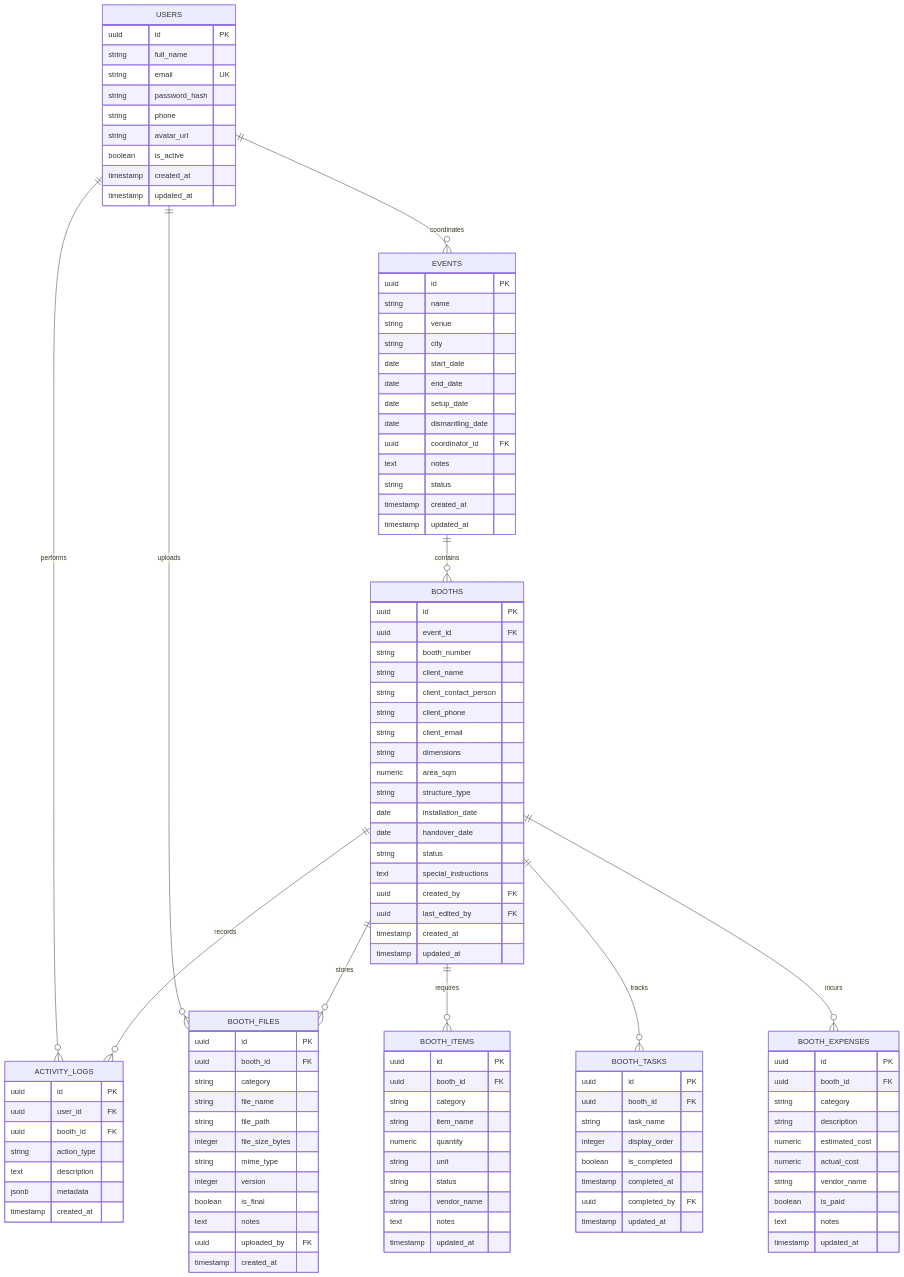
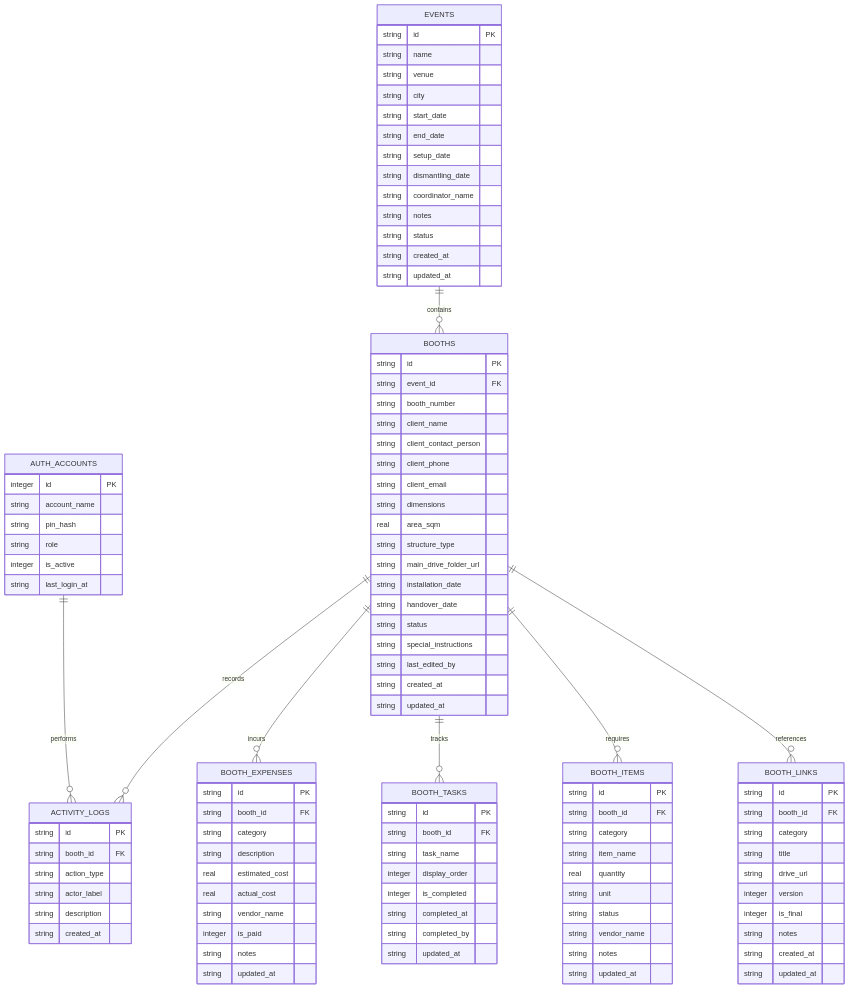
One commit to mrpgraphix64-dot/stalls changed the diagram in INTERNAL_MANAGEMENT_SYSTEM_PLAN.md. Above: the diagram before and after it, drawn with Mermaid. The commit also changed other lines of this file, not shown here.

Commit message:
Update management plan: Replace file uploads with Google Drive links and add bcrypt PIN auth

````diff
--- a/INTERNAL_MANAGEMENT_SYSTEM_PLAN.md
+++ b/INTERNAL_MANAGEMENT_SYSTEM_PLAN.md
@@ -75,123 +77,115 @@
 ```mermaid
 erDiagram
-    USERS ||--o{ ACTIVITY_LOGS : performs
-    USERS ||--o{ EVENTS : coordinates
-    USERS ||--o{ BOOTH_FILES : uploads
+    AUTH_ACCOUNTS ||--o{ ACTIVITY_LOGS : performs
     EVENTS ||--o{ BOOTHS : contains
-    BOOTHS ||--o{ BOOTH_FILES : stores
+    BOOTHS ||--o{ BOOTH_LINKS : references
     BOOTHS ||--o{ BOOTH_ITEMS : requires
     BOOTHS ||--o{ BOOTH_TASKS : tracks
     BOOTHS ||--o{ BOOTH_EXPENSES : incurs
     BOOTHS ||--o{ ACTIVITY_LOGS : records
 
-    USERS {
-        uuid id PK
-        string full_name
-        string email UK
-        string password_hash
-        string phone
-        string avatar_url
-        boolean is_active
-        timestamp created_at
-        timestamp updated_at
+    AUTH_ACCOUNTS {
+        integer id PK
+        string account_name
+        string pin_hash
+        string role
+        integer is_active
+        string last_login_at
     }
 
     EVENTS {
-        uuid id PK
+        string id PK
         string name
         string venue
         string city
-        date start_date
-        date end_date
-        date setup_date
-        date dismantling_date
-        uuid coordinator_id FK
-        text notes
+        string start_date
+        string end_date
+        string setup_date
+        string dismantling_date
+        string coordinator_name
+        string notes
         string status
-        timestamp created_at
-        timestamp updated_at
+        string created_at
+        string updated_at
     }
 
     BOOTHS {
-        uuid id PK
-        uuid event_id FK
+        string id PK
+        string event_id FK
         string booth_number
         string client_name
         string client_contact_person
         string client_phone
         string client_email
         string dimensions
-        numeric area_sqm
+        real area_sqm
         string structure_type
-        date installation_date
-        date handover_date
+        string main_drive_folder_url
+        string installation_date
+        string handover_date
         string status
-        text special_instructions
-        uuid created_by FK
-        uuid last_edited_by FK
-        timestamp created_at
-        timestamp updated_at
+        string special_instructions
+        string last_edited_by
+        string created_at
+        string updated_at
     }
 
-    BOOTH_FILES {
-        uuid id PK
-        uuid booth_id FK
+    BOOTH_LINKS {
+        string id PK
+        string booth_id FK
         string category
-        string file_name
-        string file_path
-        integer file_size_bytes
-        string mime_type
+        string title
+        string drive_url
         integer version
-        boolean is_final
-        text notes
-        uuid uploaded_by FK
-        timestamp created_at
+        integer is_final
+        string notes
+        string created_at
+        string updated_at
     }
 
     BOOTH_ITEMS {
-        uuid id PK
-        uuid booth_id FK
+        string id PK
+        string booth_id FK
         string category
         string item_name
-        numeric quantity
+        real quantity
         string unit
         string status
         string vendor_name
-        text notes
-        timestamp updated_at
+        string notes
+        string updated_at
     }
 
     BOOTH_TASKS {
-        uuid id PK
-        uuid booth_id FK
+        string id PK
+        string booth_id FK
         string task_name
         integer display_order
-        boolean is_completed
-        timestamp completed_at
-        uuid completed_by FK
-        timestamp updated_at
+        integer is_completed
+        string completed_at
+        string completed_by
+        string updated_at
     }
 
     BOOTH_EXPENSES {
-        uuid id PK
-        uuid booth_id FK
+        string id PK
+        string booth_id FK
         string category
         string description
-        numeric estimated_cost
-        numeric actual_cost
+        real estimated_cost
+        real actual_cost
         string vendor_name
-        boolean is_paid
-        text notes
-        timestamp updated_at
+        integer is_paid
+        string notes
+        string updated_at
     }
 
     ACTIVITY_LOGS {
-        uuid id PK
-        uuid user_id FK
-        uuid booth_id FK
+        string id PK
+        string booth_id FK
         string action_type
-        text description
-        jsonb metadata
-        timestamp created_at
+        string actor_label
+        string description
+        string created_at
     }
 ```
````
